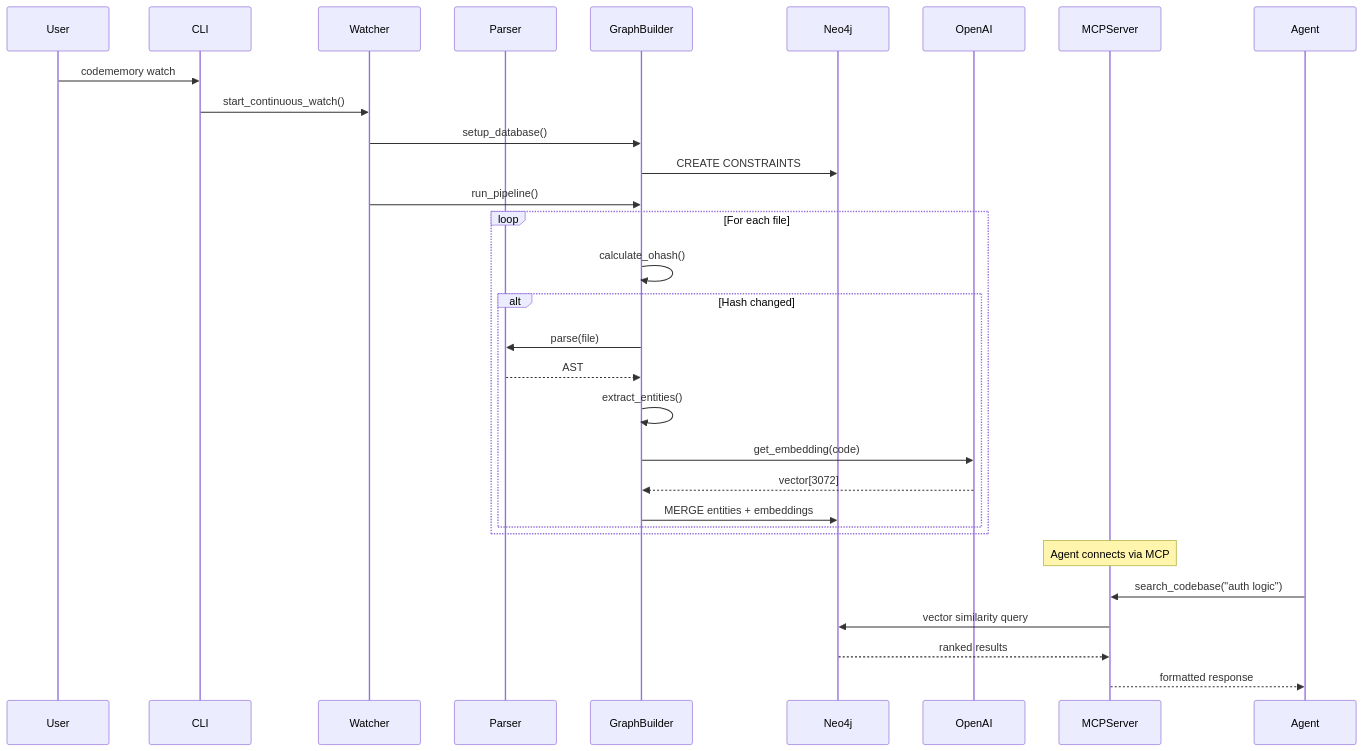
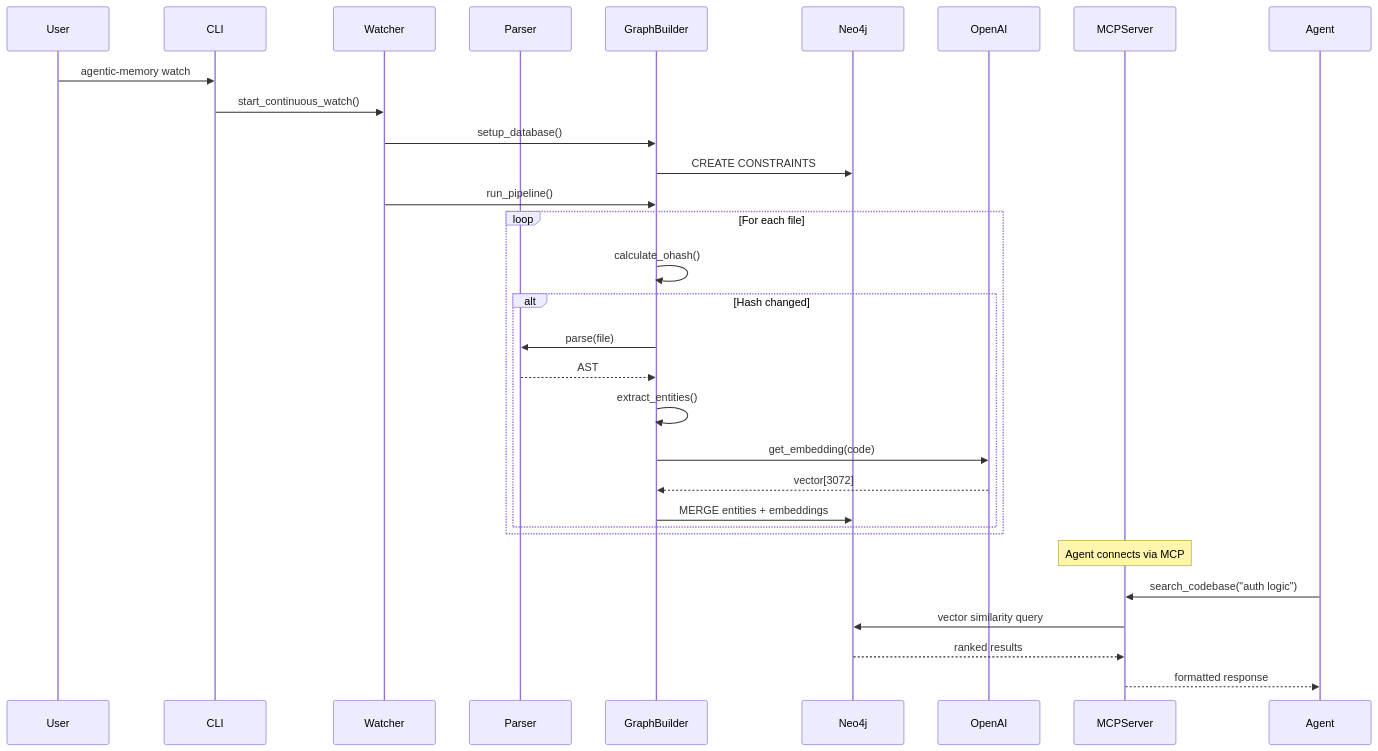
Before and after one commit to jarmen423/agentic-memory: the second of 2 diagrams in docs/ARCHITECTURE.md, drawn with Mermaid. The commit also changed other lines of this file and 13 other files, not shown here.

````diff
--- a/docs/ARCHITECTURE.md
+++ b/docs/ARCHITECTURE.md
@@ -974,37 +974,37 @@
 ```mermaid
 sequenceDiagram
     participant User
     participant CLI
     participant Watcher
     participant Parser
     participant GraphBuilder
     participant Neo4j
     participant OpenAI
     participant MCPServer
     participant Agent
 
-    User->>CLI: codememory watch
+    User->>CLI: agentic-memory watch
     CLI->>Watcher: start_continuous_watch()
     Watcher->>GraphBuilder: setup_database()
     GraphBuilder->>Neo4j: CREATE CONSTRAINTS
     Watcher->>GraphBuilder: run_pipeline()
 
     loop For each file
         GraphBuilder->>GraphBuilder: calculate_ohash()
         alt Hash changed
             GraphBuilder->>Parser: parse(file)
             Parser-->>GraphBuilder: AST
             GraphBuilder->>GraphBuilder: extract_entities()
             GraphBuilder->>OpenAI: get_embedding(code)
             OpenAI-->>GraphBuilder: vector[3072]
             GraphBuilder->>Neo4j: MERGE entities + embeddings
         end
     end
 
     Note over MCPServer: Agent connects via MCP
 
     Agent->>MCPServer: search_codebase("auth logic")
     MCPServer->>Neo4j: vector similarity query
     Neo4j-->>MCPServer: ranked results
     MCPServer-->>Agent: formatted response
 ```
````
